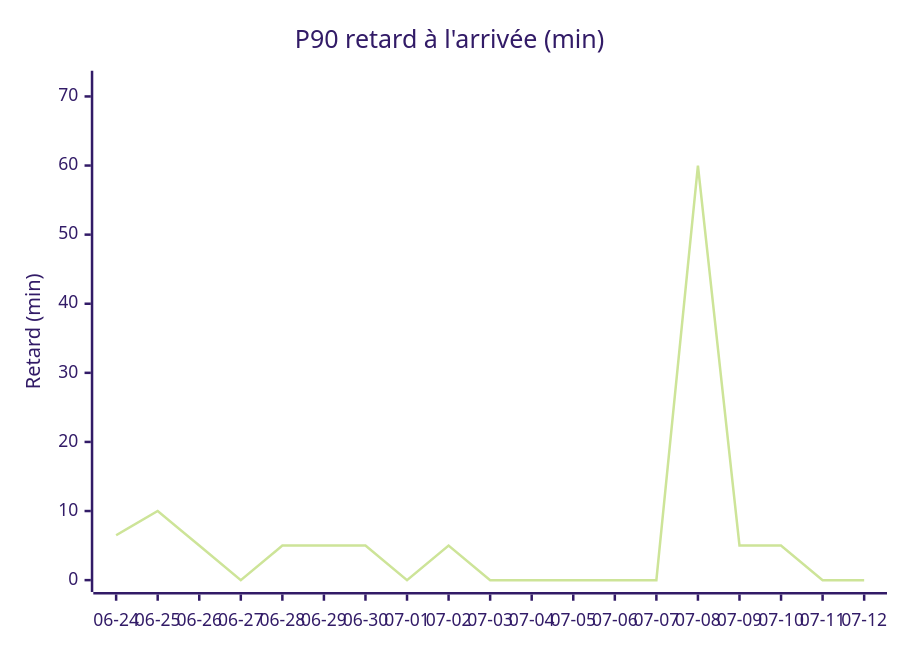
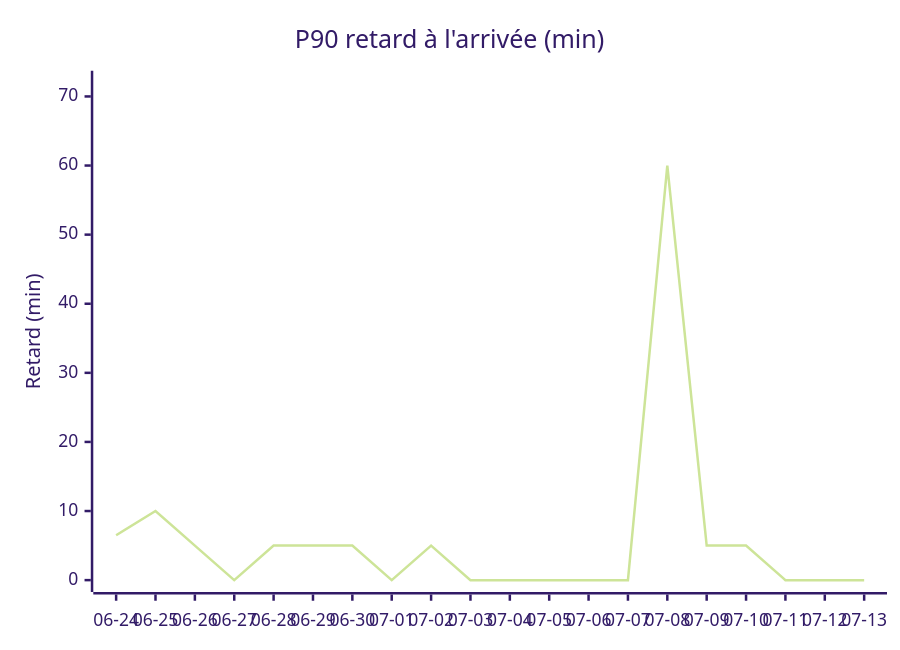
Before and after one commit to antoinerep/horaire-ter: the first of 4 diagrams in STATS.md, drawn with Mermaid (forest theme). The commit also changed other lines of this file and 1 other file, not shown here.

````diff
--- a/STATS.md
+++ b/STATS.md
@@ -29,7 +29,7 @@
 ```mermaid
 xychart-beta
     title "P90 retard à l'arrivée (min)"
-    x-axis ["06-24", "06-25", "06-26", "06-27", "06-28", "06-29", "06-30", "07-01", "07-02", "07-03", "07-04", "07-05", "07-06", "07-07", "07-08", "07-09", "07-10", "07-11", "07-12"]
+    x-axis ["06-24", "06-25", "06-26", "06-27", "06-28", "06-29", "06-30", "07-01", "07-02", "07-03", "07-04", "07-05", "07-06", "07-07", "07-08", "07-09", "07-10", "07-11", "07-12", "07-13"]
     y-axis "Retard (min)" 0 --> 72
-    line [6.5, 10.0, 5.0, 0.0, 5.0, 5.0, 5.0, 0.0, 5.0, 0.0, 0.0, 0.0, 0.0, 0.0, 60.0, 5.0, 5.0, 0.0, 0.0]
+    line [6.5, 10.0, 5.0, 0.0, 5.0, 5.0, 5.0, 0.0, 5.0, 0.0, 0.0, 0.0, 0.0, 0.0, 60.0, 5.0, 5.0, 0.0, 0.0, 0.0]
 ```
````
